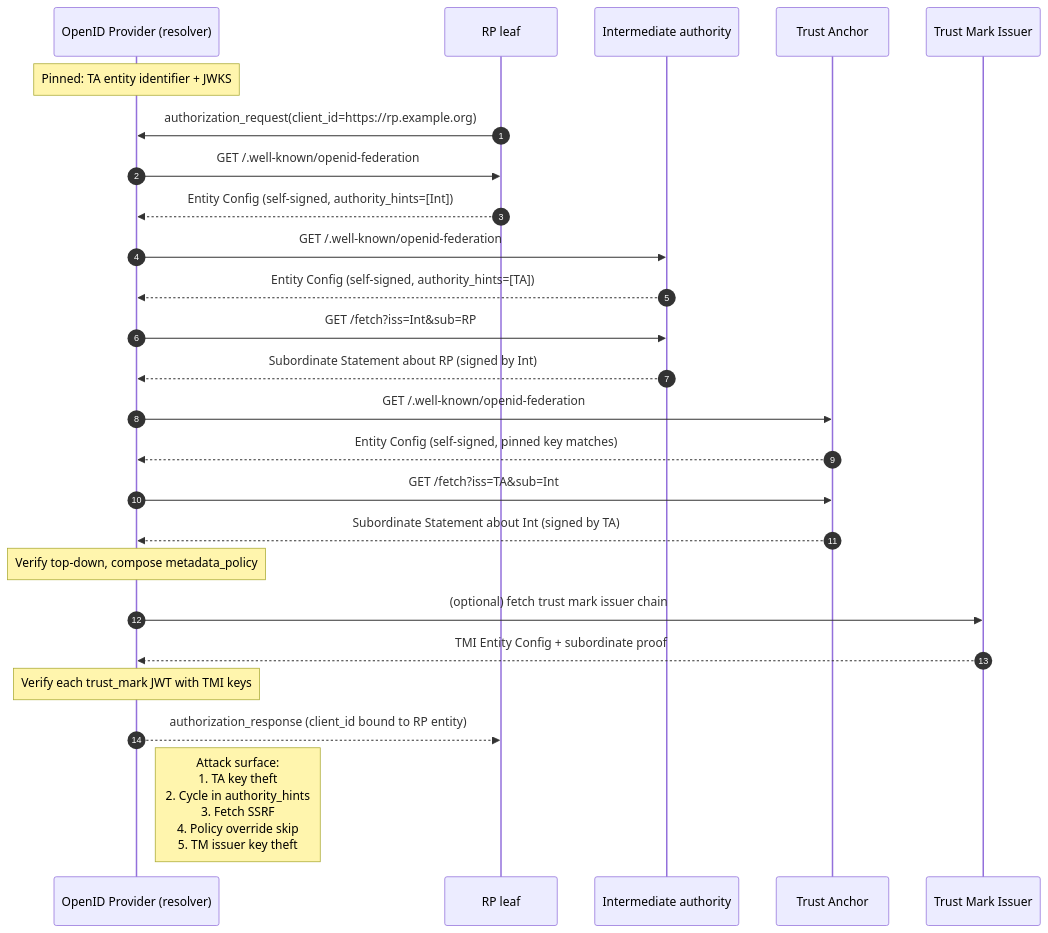
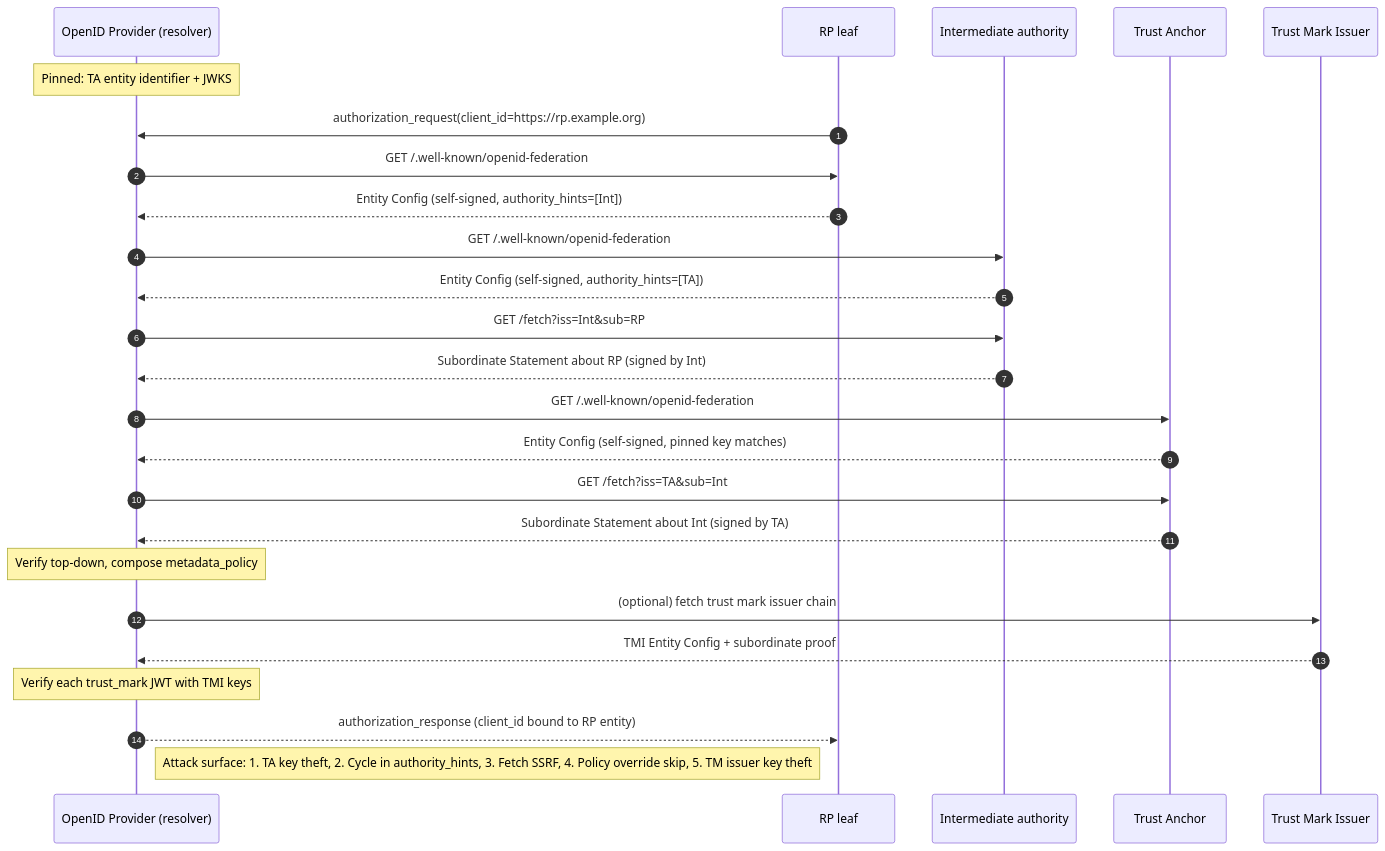
The diagram in docs/82-openid-federation.md (rcha0s/awesome-appsec-interview), drawn with Mermaid before and after one commit. The commit also changed 15 other files, not shown here.

First line of the commit message:
fix(mermaid): replace <br/> in sequenceDiagram Note statements to fix GitHub parse errors

````diff
--- a/docs/82-openid-federation.md
+++ b/docs/82-openid-federation.md
@@ -69,31 +69,31 @@
 ```mermaid
 sequenceDiagram
     autonumber
     participant OP as OpenID Provider (resolver)
     participant RP as RP leaf
     participant Int as Intermediate authority
     participant TA as Trust Anchor
     participant TMI as Trust Mark Issuer
 
     Note over OP: Pinned: TA entity identifier + JWKS
 
     RP->>OP: authorization_request(client_id=https://rp.example.org)
     OP->>RP: GET /.well-known/openid-federation
     RP-->>OP: Entity Config (self-signed, authority_hints=[Int])
     OP->>Int: GET /.well-known/openid-federation
     Int-->>OP: Entity Config (self-signed, authority_hints=[TA])
     OP->>Int: GET /fetch?iss=Int&sub=RP
     Int-->>OP: Subordinate Statement about RP (signed by Int)
     OP->>TA: GET /.well-known/openid-federation
     TA-->>OP: Entity Config (self-signed, pinned key matches)
     OP->>TA: GET /fetch?iss=TA&sub=Int
     TA-->>OP: Subordinate Statement about Int (signed by TA)
     Note over OP: Verify top-down, compose metadata_policy
 
     OP->>TMI: (optional) fetch trust mark issuer chain
     TMI-->>OP: TMI Entity Config + subordinate proof
     Note over OP: Verify each trust_mark JWT with TMI keys
 
     OP-->>RP: authorization_response (client_id bound to RP entity)
-    Note right of OP: Attack surface:<br/>1. TA key theft<br/>2. Cycle in authority_hints<br/>3. Fetch SSRF<br/>4. Policy override skip<br/>5. TM issuer key theft
+    Note right of OP: Attack surface: 1. TA key theft, 2. Cycle in authority_hints, 3. Fetch SSRF, 4. Policy override skip, 5. TM issuer key theft
 ```
````
